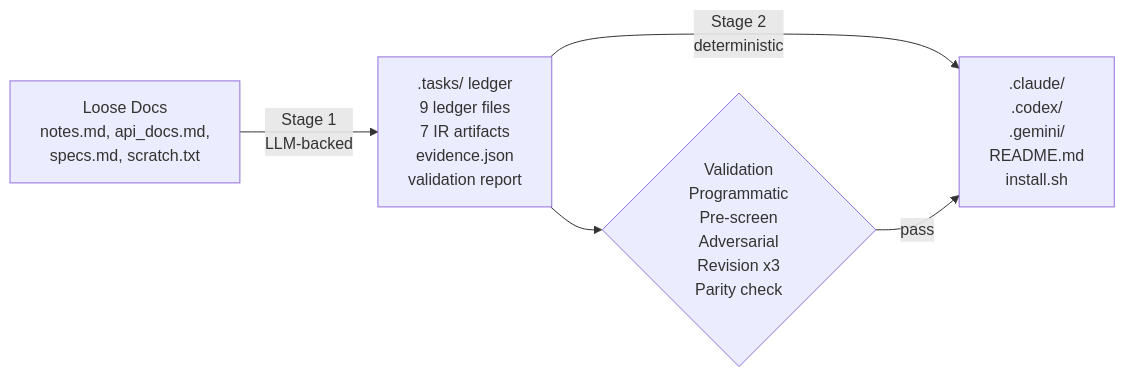
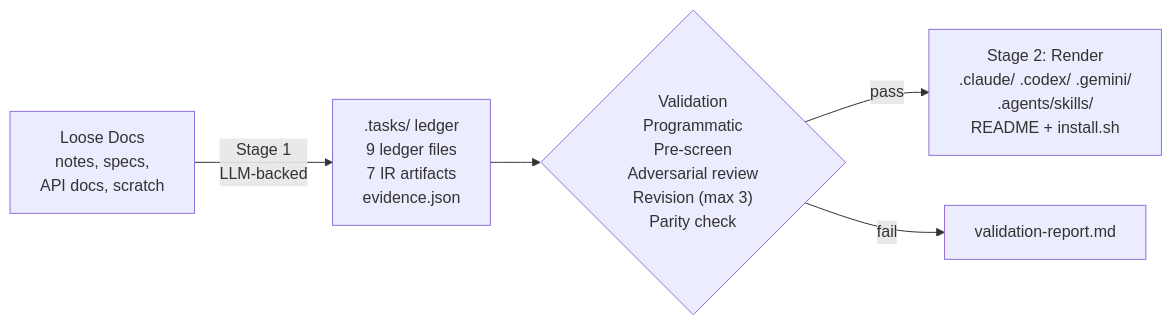
Before and after one commit to op7ic/SwarmMaker: the first of 3 diagrams in README.md, drawn with Mermaid. The commit also changed other lines of this file, not shown here.

First line of the commit message:
Fix Mermaid charts: clean linear flows, no duplicate paths

````diff
--- a/README.md
+++ b/README.md
@@ -11,7 +11,7 @@
 ```mermaid
 graph LR
-    A["Loose Docs<br/>notes.md, api_docs.md,<br/>specs.md, scratch.txt"] -->|Stage 1<br/>LLM-backed| B[".tasks/ ledger<br/>9 ledger files<br/>7 IR artifacts<br/>evidence.json<br/>validation report"]
-    B -->|Stage 2<br/>deterministic| C[".claude/<br/>.codex/<br/>.gemini/<br/>README.md<br/>install.sh"]
-    B --> D{"Validation<br/>Programmatic<br/>Pre-screen<br/>Adversarial<br/>Revision x3<br/>Parity check"}
-    D -->|pass| C
+    A["Loose Docs<br/>notes, specs,<br/>API docs, scratch"] -->|Stage 1<br/>LLM-backed| B[".tasks/ ledger<br/>9 ledger files<br/>7 IR artifacts<br/>evidence.json"]
+    B --> C{"Validation<br/>Programmatic<br/>Pre-screen<br/>Adversarial review<br/>Revision (max 3)<br/>Parity check"}
+    C -->|pass| D["Stage 2: Render<br/>.claude/ .codex/ .gemini/<br/>.agents/skills/<br/>README + install.sh"]
+    C -->|fail| E["validation-report.md"]
 ```
````
